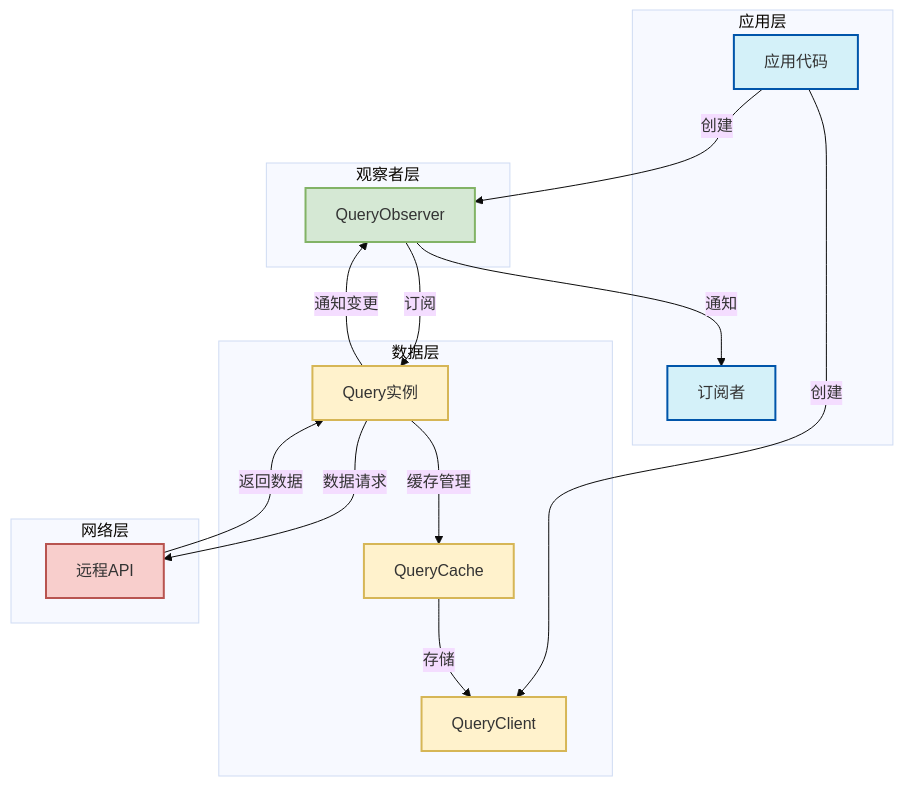
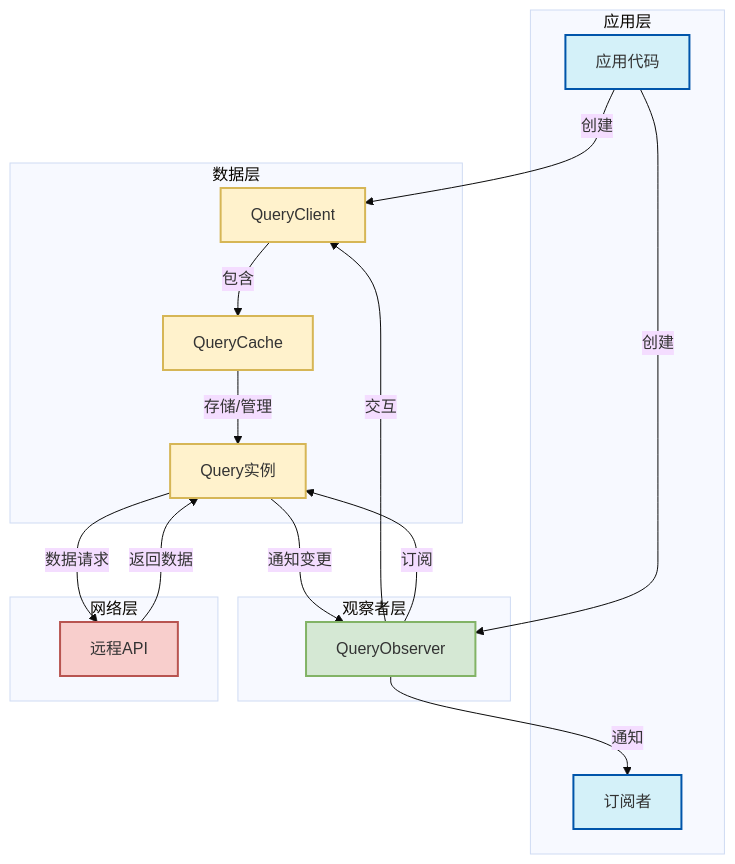
One commit to il-1337/deepdive-into-tanstack-query changed the first of 2 diagrams in 2.0-query-core-overview.md. Above: the diagram before and after it, drawn with Mermaid (base theme).

Commit message:
docs: 2.0 query core overview

````diff
--- a/2.0-query-core-overview.md
+++ b/2.0-query-core-overview.md
@@ -5,41 +5,42 @@
 ```mermaid
 flowchart TD
     subgraph 应用层
         APP[应用代码]
         SUB[订阅者]
     end
 
     subgraph 观察者层
         OBSERVER[QueryObserver]
     end
 
     subgraph 数据层
         QUERY[Query实例]
         CACHE[QueryCache]
         CLIENT[QueryClient]
     end
 
     subgraph 网络层
         API[远程API]
     end
 
     APP -->|创建| CLIENT
     APP -->|创建| OBSERVER
+    OBSERVER -->|交互| CLIENT
     OBSERVER -->|订阅| QUERY
-    QUERY -->|缓存管理| CACHE
-    CACHE -->|存储| CLIENT
+    CACHE -->|存储/管理| QUERY
+    CLIENT -->|包含| CACHE
     QUERY -->|数据请求| API
     API -->|返回数据| QUERY
     QUERY -->|通知变更| OBSERVER
     OBSERVER -->|通知| SUB
 
     classDef appLayer fill:#d4f1f9,stroke:#05a,stroke-width:2px;
     classDef observerLayer fill:#d5e8d4,stroke:#82b366,stroke-width:2px;
     classDef dataLayer fill:#fff2cc,stroke:#d6b656,stroke-width:2px;
     classDef networkLayer fill:#f8cecc,stroke:#b85450,stroke-width:2px;
 
     class APP,SUB appLayer;
     class OBSERVER observerLayer;
     class QUERY,CACHE,CLIENT dataLayer;
     class API networkLayer;
 ```
````
